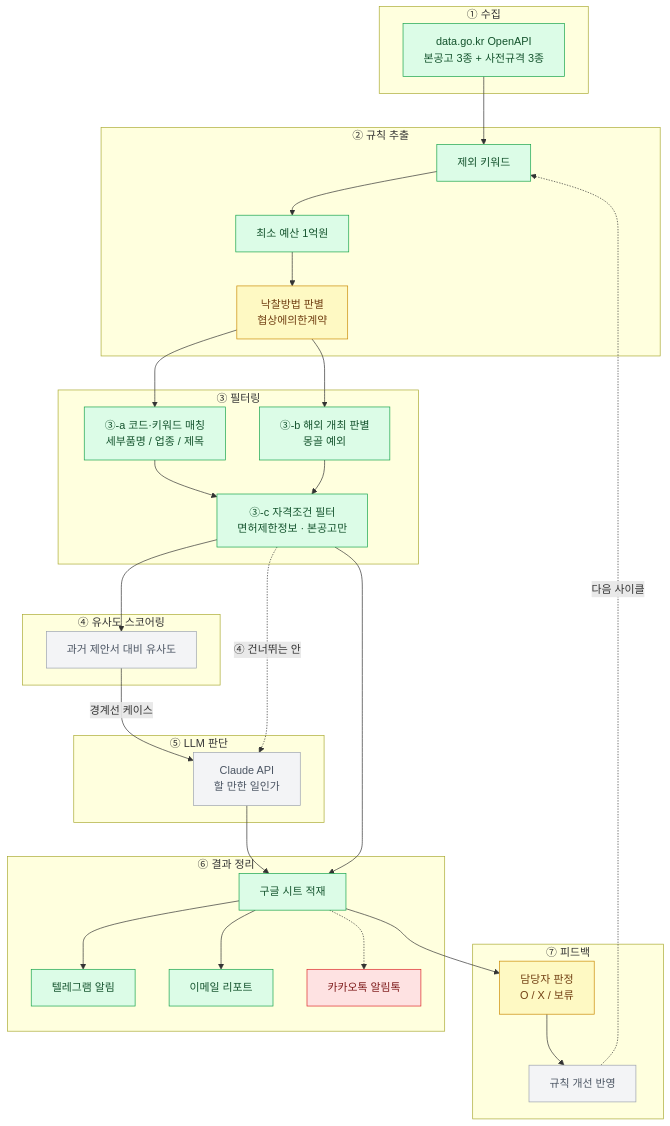
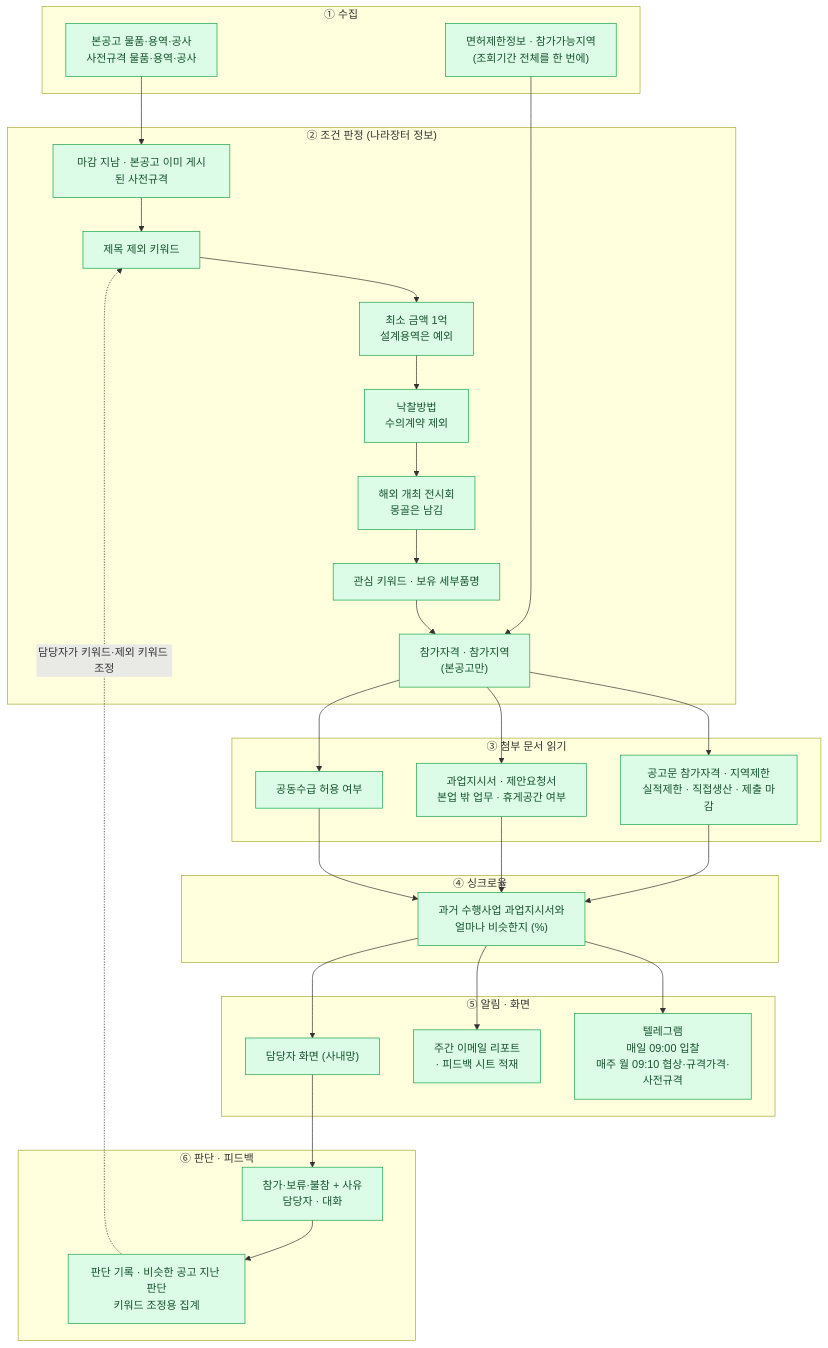
The diagram in narajangter-bid-monitor/docs/파이프라인_플로우차트.md (iamhiki/narajangter-bid-monitor), drawn with Mermaid before and after one commit. The commit also changed other lines of this file and 5 other files, not shown here.

````diff
--- a/narajangter-bid-monitor/docs/파이프라인_플로우차트.md
+++ b/narajangter-bid-monitor/docs/파이프라인_플로우차트.md
@@ -10,65 +10,49 @@
 ```mermaid
 flowchart TD
     subgraph S1["① 수집"]
-        A1["data.go.kr OpenAPI<br/>본공고 3종 + 사전규격 3종"]
+        A1["본공고 물품·용역·공사<br/>사전규격 물품·용역·공사"]
+        A2["면허제한정보 · 참가가능지역<br/>(조회기간 전체를 한 번에)"]
     end
 
-    subgraph S2["② 규칙 추출"]
-        B1["제외 키워드"]
-        B2["최소 예산 1억원"]
-        B3["낙찰방법 판별<br/>협상에의한계약"]
+    subgraph S2["② 조건 판정 (나라장터 정보)"]
+        B1["마감 지남 · 본공고 이미 게시된 사전규격"]
+        B2["제목 제외 키워드"]
+        B3["최소 금액 1억<br/>설계용역은 예외"]
+        B4["낙찰방법<br/>수의계약 제외"]
+        B5["해외 개최 전시회<br/>몽골은 남김"]
+        B6["관심 키워드 · 보유 세부품명"]
+        B7["참가자격 · 참가지역<br/>(본공고만)"]
     end
 
-    subgraph S3["③ 필터링"]
-        C1["③-a 코드·키워드 매칭<br/>세부품명 / 업종 / 제목"]
-        C2["③-b 해외 개최 판별<br/>몽골 예외"]
-        C3["③-c 자격조건 필터<br/>면허제한정보 · 본공고만"]
+    subgraph S3["③ 첨부 문서 읽기"]
+        C1["공고문 참가자격 · 지역제한<br/>실적제한 · 직접생산 · 제출 마감"]
+        C2["과업지시서 · 제안요청서<br/>본업 밖 업무 · 휴게공간 여부"]
+        C3["공동수급 허용 여부"]
     end
 
-    subgraph S4["④ 유사도 스코어링"]
-        D1["과거 제안서 대비 유사도"]
+    subgraph S4["④ 싱크로율"]
+        D1["과거 수행사업 과업지시서와<br/>얼마나 비슷한지 (%)"]
     end
 
-    subgraph S5["⑤ LLM 판단"]
-        E1["Claude API<br/>할 만한 일인가"]
+    subgraph S5["⑤ 알림 · 화면"]
+        E1["텔레그램<br/>매일 09:00 입찰<br/>매주 월 09:10 협상·규격가격·사전규격"]
+        E2["주간 이메일 리포트<br/>· 피드백 시트 적재"]
+        E3["담당자 화면 (사내망)"]
     end
 
-    subgraph S6["⑥ 결과 정리"]
-        F1["구글 시트 적재"]
-        F2["텔레그램 알림"]
-        F3["이메일 리포트"]
-        F4["카카오톡 알림톡"]
+    subgraph S6["⑥ 판단 · 피드백"]
+        F1["참가·보류·불참 + 사유<br/>담당자 · 대화"]
+        F2["판단 기록 · 비슷한 공고 지난 판단<br/>키워드 조정용 집계"]
     end
 
-    subgraph S7["⑦ 피드백"]
-        G1["담당자 판정<br/>O / X / 보류"]
-        G2["규칙 개선 반영"]
-    end
-
-    A1 --> B1 --> B2 --> B3
-    B3 --> C1
-    B3 --> C2
-    C1 --> C3
-    C2 --> C3
-    C3 --> D1
-    C3 -.->|④ 건너뛰는 안| E1
-    D1 -->|경계선 케이스| E1
-    E1 --> F1
-    C3 --> F1
-    F1 --> F2
-    F1 --> F3
-    F1 -.-> F4
-    F1 --> G1
-    G1 --> G2
-    G2 -.->|다음 사이클| B1
+    A1 --> B1 --> B2 --> B3 --> B4 --> B5 --> B6 --> B7
+    A2 --> B7
+    B7 --> C1 & C2 & C3
+    C1 & C2 & C3 --> D1
+    D1 --> E1 & E2 & E3
+    E3 --> F1 --> F2
+    F2 -.->|담당자가 키워드·제외 키워드 조정| B2
 
     classDef done fill:#dcfce7,stroke:#16a34a,color:#14532d
-    classDef partial fill:#fef9c3,stroke:#ca8a04,color:#713f12
-    classDef todo fill:#f3f4f6,stroke:#9ca3af,color:#4b5563
-    classDef hold fill:#fee2e2,stroke:#dc2626,color:#7f1d1d
-
-    class A1,B1,B2,C1,C2,C3,F1,F2,F3 done
-    class B3,G1 partial
-    class D1,E1,G2 todo
-    class F4 hold
+    class A1,A2,B1,B2,B3,B4,B5,B6,B7,C1,C2,C3,D1,E1,E2,E3,F1,F2 done
 ```
````
